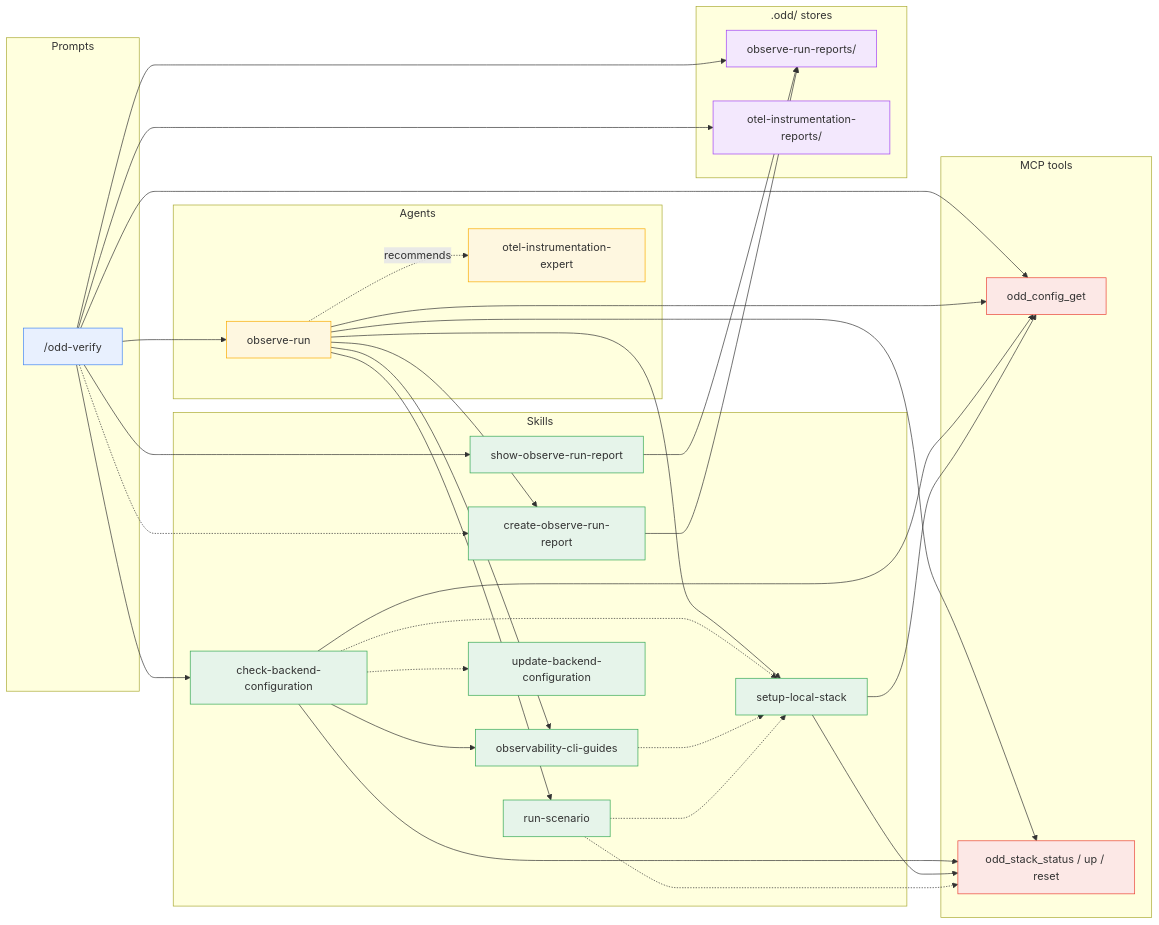
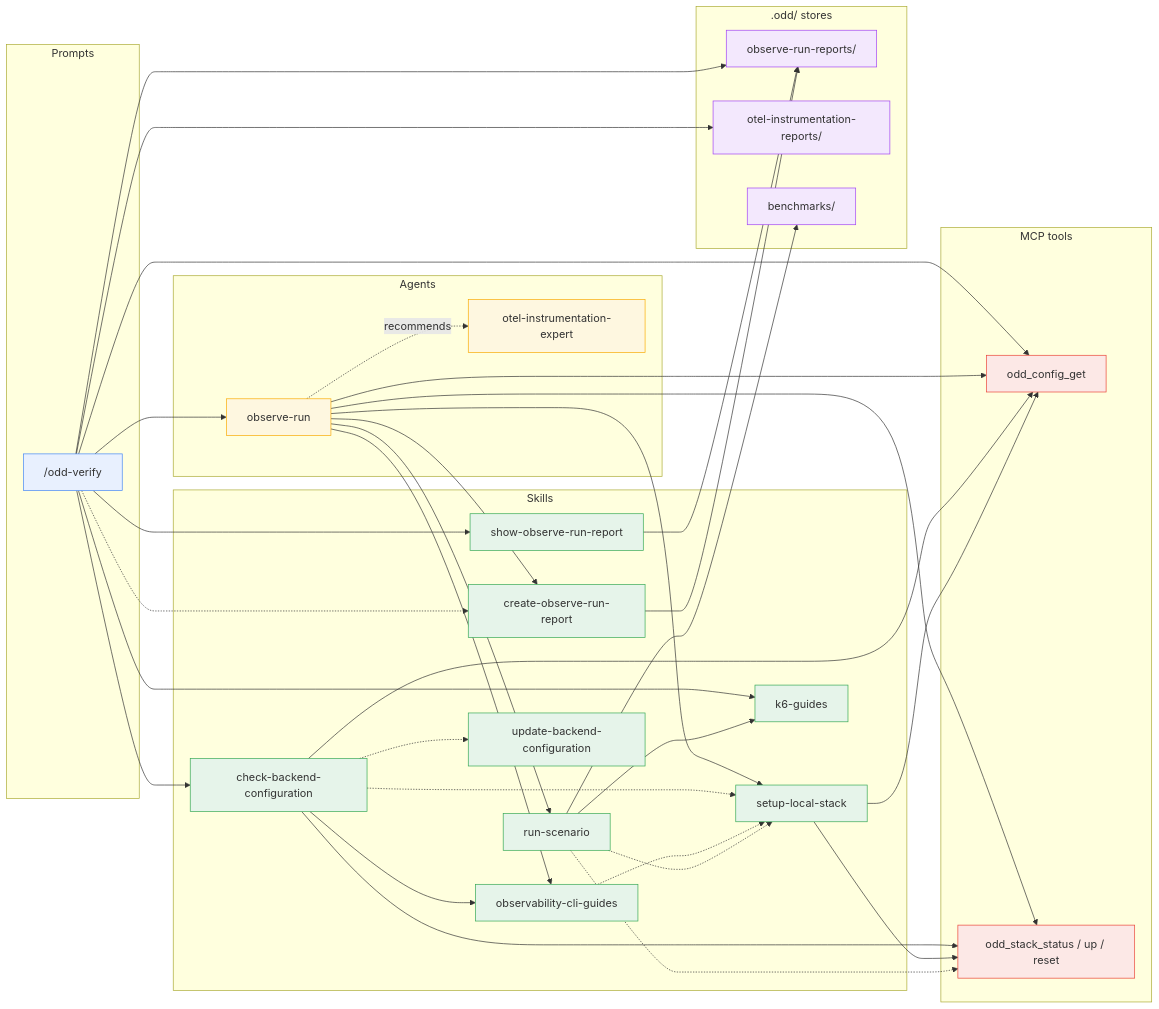
Before and after one commit to using-system/oddyssey: the fourth of 7 diagrams in docs/guide/dependencies.md, drawn with Mermaid. The commit also changed other lines of this file and 10 other files, not shown here.

````diff
--- a/docs/guide/dependencies.md
+++ b/docs/guide/dependencies.md
@@ -241,72 +251,77 @@
 ```mermaid
 flowchart LR
   subgraph Prompts
     verify["/odd-verify"]
   end
 
   subgraph Agents
     runner[observe-run]
     expert[otel-instrumentation-expert]
   end
 
   subgraph Skills
     cbc[check-backend-configuration]
     ocg[observability-cli-guides]
     sls[setup-local-stack]
     rs[run-scenario]
+    kg[k6-guides]
     corr[create-observe-run-report]
     sorr[show-observe-run-report]
     ubc[update-backend-configuration]
   end
 
   subgraph MCP["MCP tools"]
     cfgget[odd_config_get]
     stack[odd_stack_status / up / reset]
   end
 
   subgraph Stores[".odd/ stores"]
     obsdir[observe-run-reports/]
     insdir[otel-instrumentation-reports/]
+    benchdir[benchmarks/]
   end
 
   verify --> runner
   verify --> cbc
   verify --> sorr
   verify --> cfgget
+  verify --> kg
   verify -.-> corr
   verify --> obsdir
   verify --> insdir
   sorr --> obsdir
 
   runner --> ocg
   runner --> sls
   runner --> rs
   runner --> corr
   runner --> cfgget
   runner --> stack
   runner -. recommends .-> expert
 
   cbc -.-> sls
   cbc -.-> ubc
   cbc --> ocg
   cbc --> cfgget
   cbc --> stack
   ocg -.-> sls
   sls --> cfgget
   sls --> stack
   rs -.-> stack
   rs -.-> sls
+  rs --> kg
+  rs --> benchdir
 
   corr --> obsdir
 
   classDef prompt fill:#e8f0fe,stroke:#4285f4
   classDef agent fill:#fef7e0,stroke:#f9ab00
   classDef skill fill:#e6f4ea,stroke:#34a853
   classDef mcp fill:#fce8e6,stroke:#ea4335
   classDef store fill:#f3e8fd,stroke:#a142f4
   class verify prompt
   class runner,expert agent
-  class cbc,ocg,sls,rs,corr,sorr,ubc skill
+  class cbc,ocg,sls,rs,kg,corr,sorr,ubc skill
   class cfgget,stack mcp
-  class obsdir,insdir store
+  class obsdir,insdir,benchdir store
 ```
````
